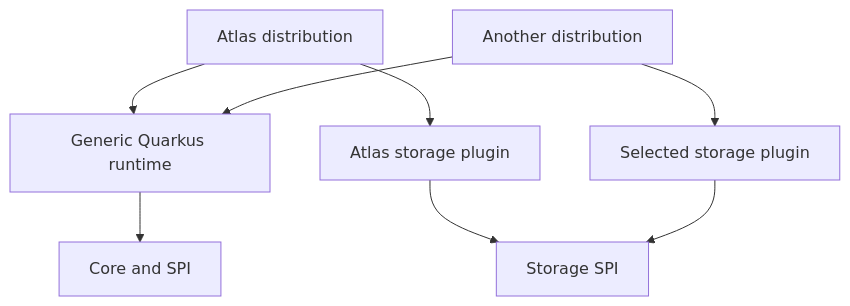
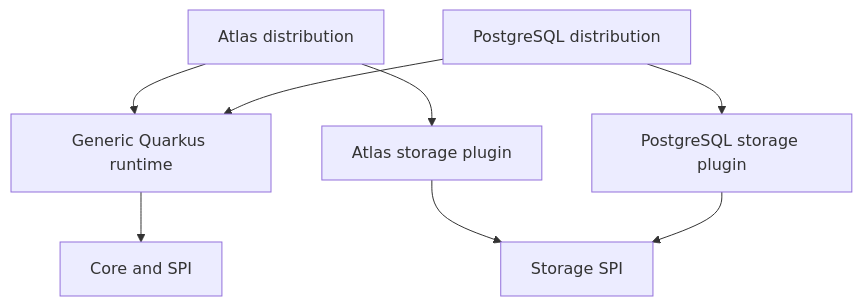
One commit to apache/sourcelume-registry changed the first of 3 diagrams in docs/storage-spi.md. Above: the diagram before and after it, drawn with Mermaid. The commit also changed other lines of this file and 12 other files, not shown here.

First line of the commit message:
Add the default PostgreSQL distribution (#42)

````diff
--- a/docs/storage-spi.md
+++ b/docs/storage-spi.md
@@ -58,10 +59,10 @@
 ```mermaid
 flowchart TD
     AtlasDist[Atlas distribution] --> Runtime[Generic Quarkus runtime]
     AtlasDist --> AtlasPlugin[Atlas storage plugin]
-    OtherDist[Another distribution] --> Runtime
-    OtherDist --> OtherPlugin[Selected storage plugin]
+    PostgresDist[PostgreSQL distribution] --> Runtime
+    PostgresDist --> PostgresPlugin[PostgreSQL storage plugin]
     Runtime --> Core[Core and SPI]
     AtlasPlugin --> SPI[Storage SPI]
-    OtherPlugin --> SPI
+    PostgresPlugin --> SPI
 ```
````
